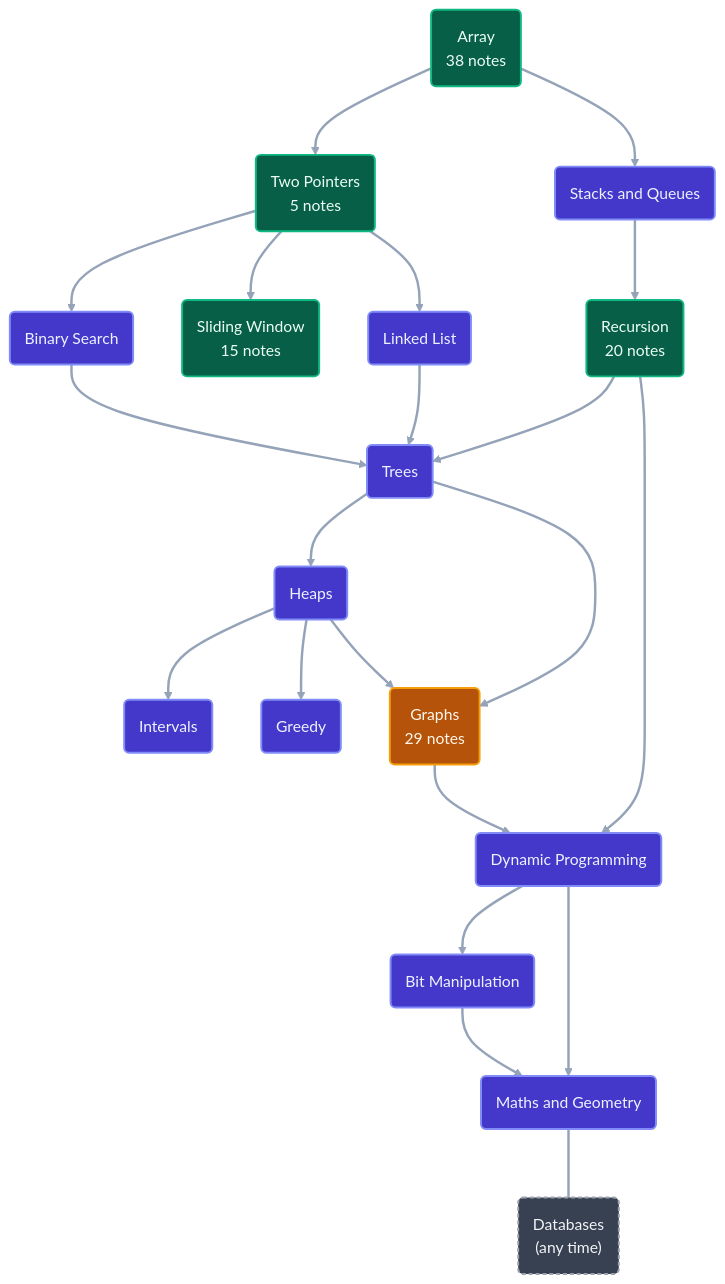
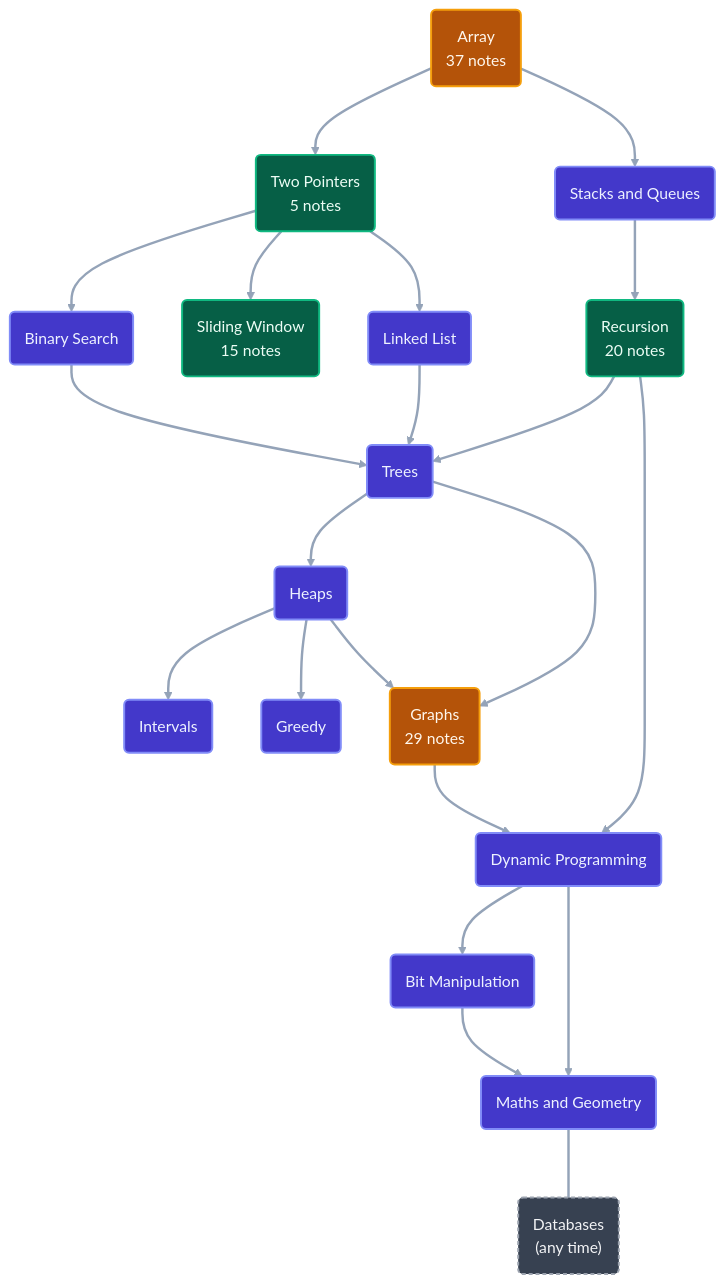
The second of 2 diagrams in README.md (ajay-nikumbh/dsa-notes), drawn with Mermaid (forest theme) before and after one commit. The commit also changed other lines of this file and 119 other files, not shown here.

````diff
--- a/README.md
+++ b/README.md
@@ -76,52 +76,52 @@
 ```mermaid
 ---
 config:
   layout: dagre
   flowchart:
     curve: basis
     nodeSpacing: 50
     rankSpacing: 70
 ---
 flowchart TD
-    ARR("Array<br/>38 notes"):::done
+    ARR("Array<br/>37 notes"):::inprog
     TP("Two Pointers<br/>5 notes"):::done
     SQ("Stacks and Queues"):::todo
     BS("Binary Search"):::todo
     SW("Sliding Window<br/>15 notes"):::done
     LL("Linked List"):::todo
     REC("Recursion<br/>20 notes"):::done
     TR("Trees"):::todo
     HP("Heaps"):::todo
     GR("Graphs<br/>29 notes"):::inprog
     DP("Dynamic Programming"):::todo
     IV("Intervals"):::todo
     GD("Greedy"):::todo
     BM("Bit Manipulation"):::todo
     MG("Maths and Geometry"):::todo
     DB("Databases<br/>(any time)"):::side
     ARR --> TP
     ARR --> SQ
     TP --> BS
     TP --> SW
     TP --> LL
     SQ --> REC
     BS --> TR
     LL --> TR
     REC --> TR
     TR --> HP
     TR --> GR
     REC --> DP
     HP --> IV
     HP --> GD
     HP --> GR
     GR --> DP
     DP --> BM
     DP --> MG
     BM --> MG
     MG ~~~ DB
     classDef done fill:#065f46,stroke:#10b981,stroke-width:2px,color:#ecfdf5
     classDef inprog fill:#b45309,stroke:#f59e0b,stroke-width:2px,color:#fff7ed
     classDef todo fill:#4338ca,stroke:#818cf8,stroke-width:2px,color:#eef2ff
     classDef side fill:#374151,stroke:#9ca3af,stroke-width:2px,stroke-dasharray:4 3,color:#f3f4f6
     linkStyle default stroke:#94a3b8,stroke-width:2.5px
 ```
````
